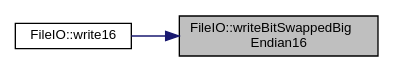
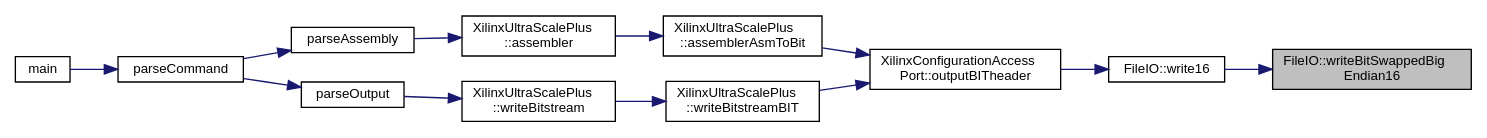
One commit to FPGA-Research-Manchester/byteman changed the diagram in namespaceFileIO_ab9ba90afc8f12d350f74a0c8bdc6b579_icgraph.dot. Above: the diagram before and after it, drawn with Graphviz. The commit also changed 716 other files, not shown here.

```diff
--- a/namespaceFileIO_ab9ba90afc8f12d350f74a0c8bdc6b579_icgraph.dot
+++ b/namespaceFileIO_ab9ba90afc8f12d350f74a0c8bdc6b579_icgraph.dot
@@ -1,11 +1,30 @@
 digraph "FileIO::writeBitSwappedBigEndian16"
 {
  // INTERACTIVE_SVG=YES
  // LATEX_PDF_SIZE
   edge [fontname="Helvetica",fontsize="10",labelfontname="Helvetica",labelfontsize="10"];
   node [fontname="Helvetica",fontsize="10",shape=record];
   rankdir="RL";
   Node1 [label="FileIO::writeBitSwappedBig\lEndian16",height=0.2,width=0.4,color="black", fillcolor="grey75", style="filled", fontcolor="black",tooltip=" "];
   Node1 -> Node2 [dir="back",color="midnightblue",fontsize="10",style="solid",fontname="Helvetica"];
   Node2 [label="FileIO::write16",height=0.2,width=0.4,color="black", fillcolor="white", style="filled",URL="$namespaceFileIO.html#af1f2fd16a042a61fb659f8b4ffa33055",tooltip=" "];
+  Node2 -> Node3 [dir="back",color="midnightblue",fontsize="10",style="solid",fontname="Helvetica"];
+  Node3 [label="XilinxConfigurationAccess\lPort::outputBITheader",height=0.2,width=0.4,color="black", fillcolor="white", style="filled",URL="$classXilinxConfigurationAccessPort.html#a80c8f1b9404adad15c0eb26612e0f028",tooltip=" "];
+  Node3 -> Node4 [dir="back",color="midnightblue",fontsize="10",style="solid",fontname="Helvetica"];
+  Node4 [label="XilinxUltraScalePlus\l::assemblerAsmToBit",height=0.2,width=0.4,color="black", fillcolor="white", style="filled",URL="$classXilinxUltraScalePlus.html#a058802c627c4177c6fd88ca079551207",tooltip=" "];
+  Node4 -> Node5 [dir="back",color="midnightblue",fontsize="10",style="solid",fontname="Helvetica"];
+  Node5 [label="XilinxUltraScalePlus\l::assembler",height=0.2,width=0.4,color="black", fillcolor="white", style="filled",URL="$classXilinxUltraScalePlus.html#a53e5f6ec962f1f2a961f90b8b9e90e10",tooltip=" "];
+  Node5 -> Node6 [dir="back",color="midnightblue",fontsize="10",style="solid",fontname="Helvetica"];
+  Node6 [label="parseAssembly",height=0.2,width=0.4,color="black", fillcolor="white", style="filled",URL="$byteman_8cpp.html#abdebe35e6ba3749eaa14350ca0942419",tooltip=" "];
+  Node6 -> Node7 [dir="back",color="midnightblue",fontsize="10",style="solid",fontname="Helvetica"];
+  Node7 [label="parseCommand",height=0.2,width=0.4,color="black", fillcolor="white", style="filled",URL="$byteman_8cpp.html#a913ad3944130fafece24fe460db9b6aa",tooltip=" "];
+  Node7 -> Node8 [dir="back",color="midnightblue",fontsize="10",style="solid",fontname="Helvetica"];
+  Node8 [label="main",height=0.2,width=0.4,color="black", fillcolor="white", style="filled",URL="$byteman_8cpp.html#a0ddf1224851353fc92bfbff6f499fa97",tooltip=" "];
+  Node3 -> Node9 [dir="back",color="midnightblue",fontsize="10",style="solid",fontname="Helvetica"];
+  Node9 [label="XilinxUltraScalePlus\l::writeBitstreamBIT",height=0.2,width=0.4,color="black", fillcolor="white", style="filled",URL="$classXilinxUltraScalePlus.html#aafc764306446548f9127f3e30759af49",tooltip=" "];
+  Node9 -> Node10 [dir="back",color="midnightblue",fontsize="10",style="solid",fontname="Helvetica"];
+  Node10 [label="XilinxUltraScalePlus\l::writeBitstream",height=0.2,width=0.4,color="black", fillcolor="white", style="filled",URL="$classXilinxUltraScalePlus.html#a7f2a7c34766d004adc6f1cfe1bdd62e7",tooltip=" "];
+  Node10 -> Node11 [dir="back",color="midnightblue",fontsize="10",style="solid",fontname="Helvetica"];
+  Node11 [label="parseOutput",height=0.2,width=0.4,color="black", fillcolor="white", style="filled",URL="$byteman_8cpp.html#a6864a632485326d2049256aeb01cc4cf",tooltip=" "];
+  Node11 -> Node7 [dir="back",color="midnightblue",fontsize="10",style="solid",fontname="Helvetica"];
 }
```
